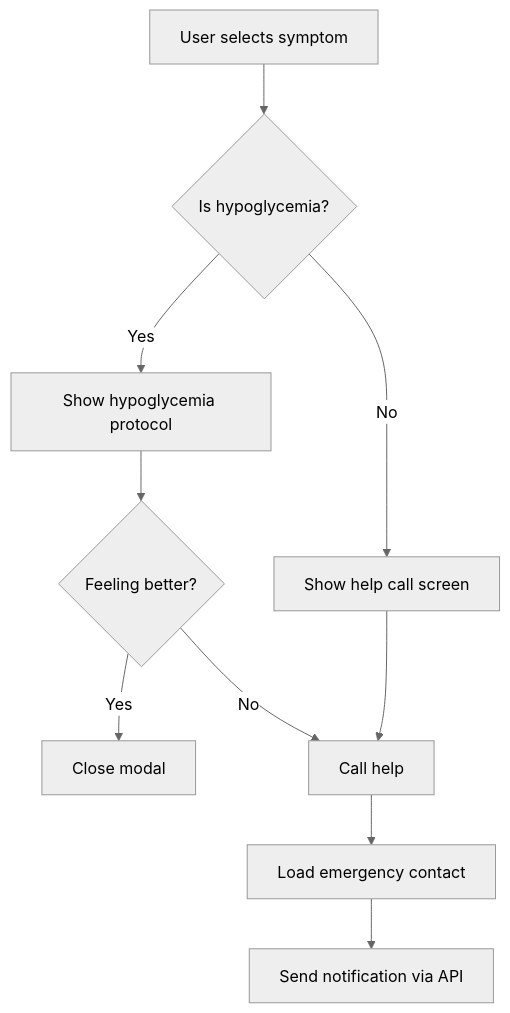
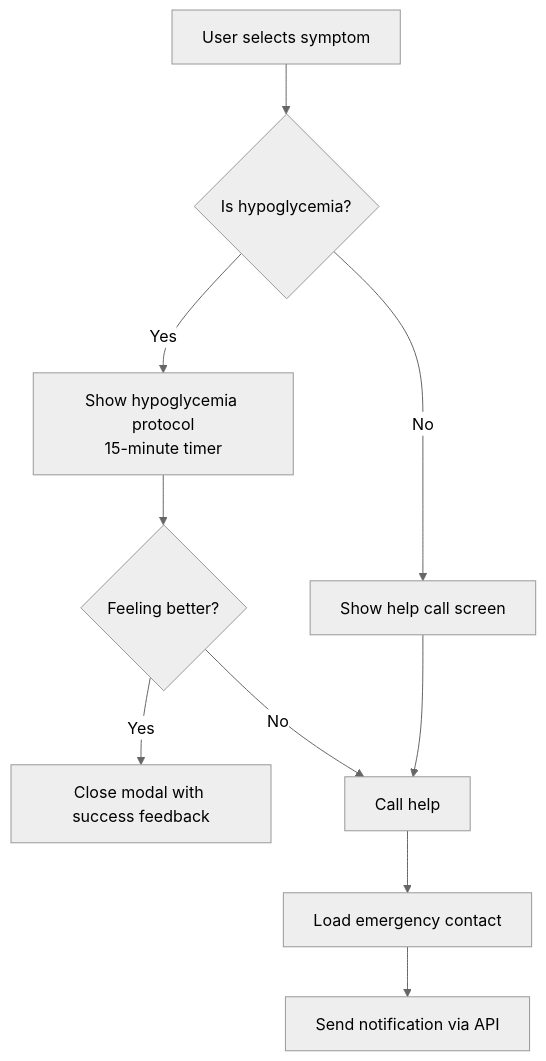
The sixth of 8 diagrams in .qoder/repowiki/en/content/Feature Implementation/Emergency Mode & Safety Features.md (nilsnavi/fit_trackerpro), drawn with Mermaid (neutral theme) before and after one commit. The commit also changed other lines of this file and 19 other files, not shown here.

````diff
--- a/.qoder/repowiki/en/content/Feature Implementation/Emergency Mode & Safety Features.md
+++ b/.qoder/repowiki/en/content/Feature Implementation/Emergency Mode & Safety Features.md
@@ -289,12 +324,12 @@
 ```mermaid
 flowchart TD
 SelectSymptom["User selects symptom"] --> IsHypo{"Is hypoglycemia?"}
-IsHypo --> |Yes| Protocol["Show hypoglycemia protocol"]
+IsHypo --> |Yes| Protocol["Show hypoglycemia protocol<br/>15-minute timer"]
 IsHypo --> |No| Help["Show help call screen"]
 Protocol --> Better{"Feeling better?"}
-Better --> |Yes| Close["Close modal"]
+Better --> |Yes| Close["Close modal with success feedback"]
 Better --> |No| CallHelp["Call help"]
 Help --> CallHelp
 CallHelp --> Contact["Load emergency contact"]
 Contact --> Notify["Send notification via API"]
 ```
````
